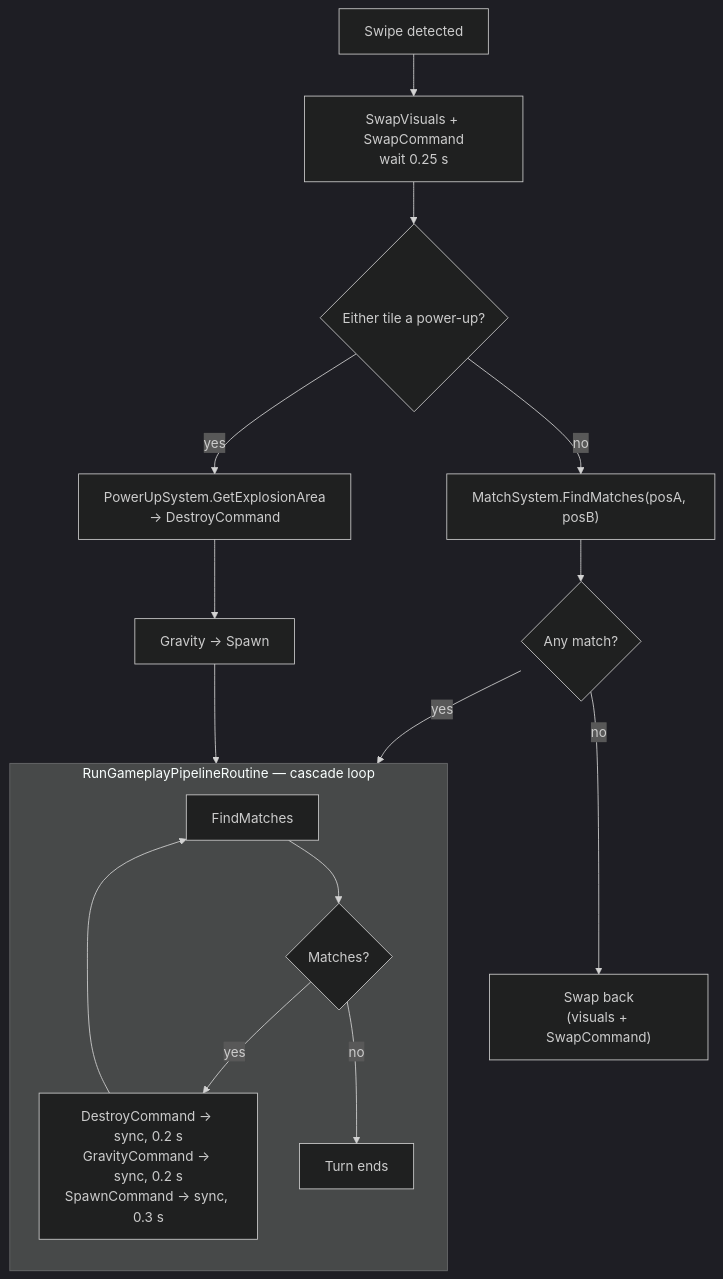
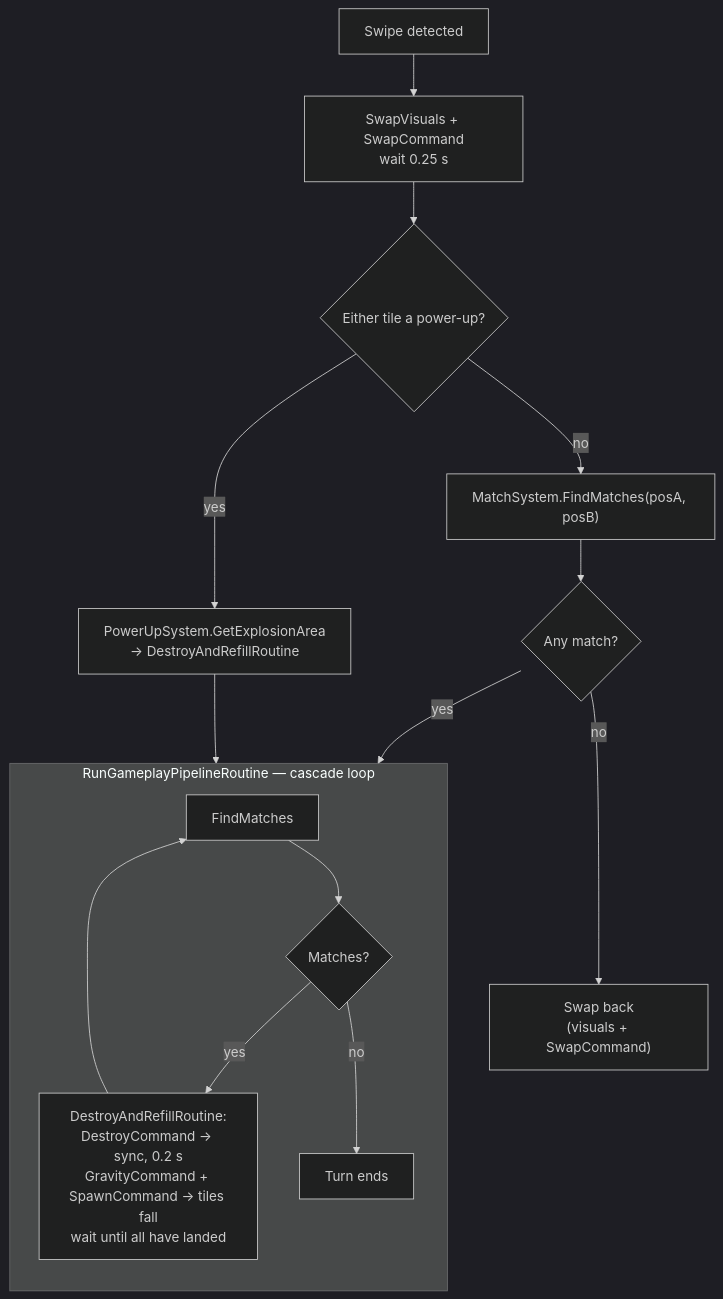
Before and after one commit to itu-itis25-baydarb21/PuzzleUp: the second of 2 diagrams in ARCHITECTURE.md, drawn with Mermaid (dark theme). The commit also changed other lines of this file and 5 other files, not shown here.

````diff
--- a/ARCHITECTURE.md
+++ b/ARCHITECTURE.md
@@ -119,20 +119,19 @@
 ```mermaid
 flowchart TD
     A[Swipe detected] --> B["SwapVisuals + SwapCommand<br/>wait 0.25 s"]
     B --> C{Either tile a power-up?}
-    C -- yes --> D["PowerUpSystem.GetExplosionArea<br/>→ DestroyCommand"]
-    D --> E[Gravity → Spawn]
-    E --> L
+    C -- yes --> D["PowerUpSystem.GetExplosionArea<br/>→ DestroyAndRefillRoutine"]
+    D --> L
     C -- no --> F["MatchSystem.FindMatches(posA, posB)"]
     F --> G{Any match?}
     G -- no --> H["Swap back<br/>(visuals + SwapCommand)"]
     G -- yes --> L
 
     subgraph L [RunGameplayPipelineRoutine — cascade loop]
         direction TB
         M[FindMatches] --> N{Matches?}
-        N -- yes --> O["DestroyCommand → sync, 0.2 s<br/>GravityCommand → sync, 0.2 s<br/>SpawnCommand → sync, 0.3 s"]
+        N -- yes --> O["DestroyAndRefillRoutine:<br/>DestroyCommand → sync, 0.2 s<br/>GravityCommand + SpawnCommand → tiles fall<br/>wait until all have landed"]
         O --> M
         N -- no --> P[Turn ends]
     end
 ```
````
